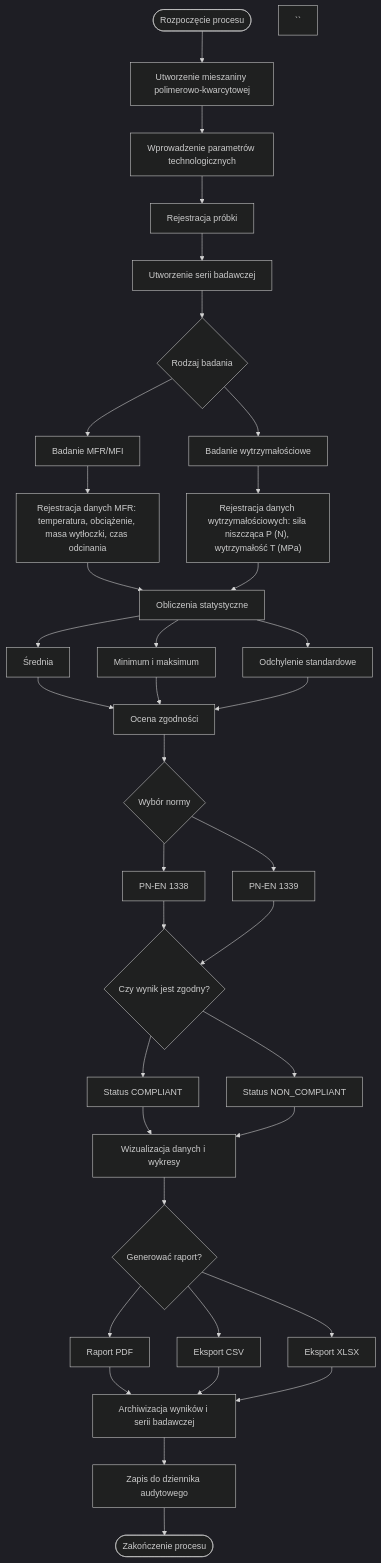
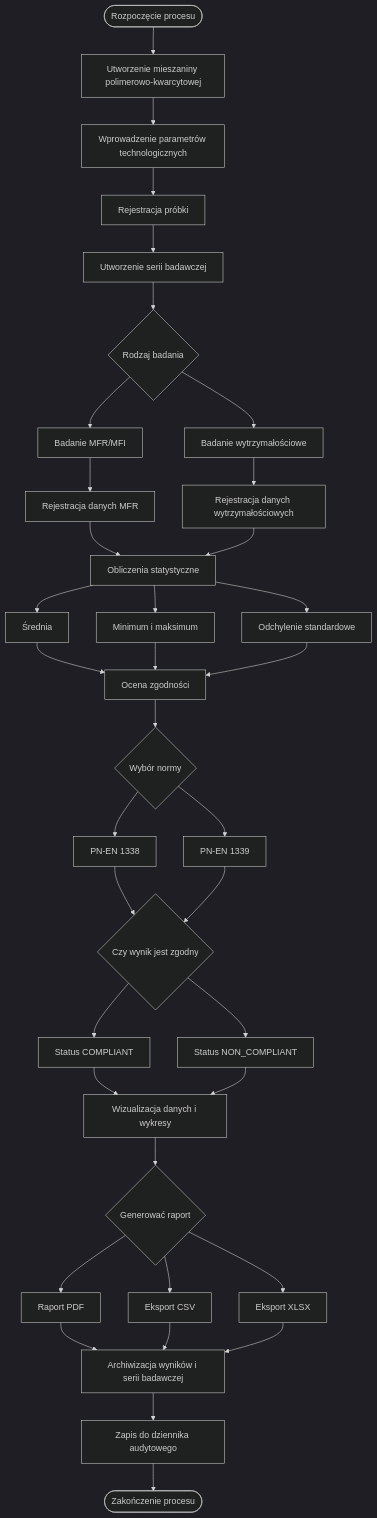
Before and after one commit to kzwir/complab-mfrt: the diagram in docs/architecture/diagrams/process-flow.mmd, drawn with Mermaid (dark theme).

Commit message:
Refactor process flow diagram for clarity

```diff
--- a/docs/architecture/diagrams/process-flow.mmd
+++ b/docs/architecture/diagrams/process-flow.mmd
@@ -1,130 +1,129 @@
 flowchart TB
 
-    START([Rozpoczęcie procesu])
+START([Rozpoczęcie procesu])
 
-    MIXTURE["Utworzenie mieszaniny polimerowo-kwarcytowej"]
+MIXTURE["Utworzenie mieszaniny polimerowo-kwarcytowej"]
 
-    PARAMETERS["Wprowadzenie parametrów technologicznych"]
+PARAMETERS["Wprowadzenie parametrów technologicznych"]
 
-    SAMPLE["Rejestracja próbki"]
+SAMPLE["Rejestracja próbki"]
 
-    SERIES["Utworzenie serii badawczej"]
+SERIES["Utworzenie serii badawczej"]
 
-    DECISION{"Rodzaj badania"}
+DECISION{"Rodzaj badania"}
 
-    MFR["Badanie MFR/MFI"]
+MFR["Badanie MFR/MFI"]
 
-    STRENGTH["Badanie wytrzymałościowe"]
+STRENGTH["Badanie wytrzymałościowe"]
 
-    MFR_DATA["Rejestracja danych MFR: temperatura, obciążenie, masa wytłoczki, czas odcinania"]
+MFR_DATA["Rejestracja danych MFR"]
 
-    STRENGTH_DATA["Rejestracja danych wytrzymałościowych: siła niszcząca P (N), wytrzymałość T (MPa)"]
+STRENGTH_DATA["Rejestracja danych wytrzymałościowych"]
 
-    CALCULATIONS["Obliczenia statystyczne"]
+CALCULATIONS["Obliczenia statystyczne"]
 
-    AVG["Średnia"]
+AVG["Średnia"]
 
-    MINMAX["Minimum i maksimum"]
+MINMAX["Minimum i maksimum"]
 
-    STD["Odchylenie standardowe"]
+STD["Odchylenie standardowe"]
 
-    COMPLIANCE["Ocena zgodności"]
+COMPLIANCE["Ocena zgodności"]
 
-    STANDARD{"Wybór normy"}
+STANDARD{"Wybór normy"}
 
-    EN1338["PN-EN 1338"]
+EN1338["PN-EN 1338"]
 
-    EN1339["PN-EN 1339"]
+EN1339["PN-EN 1339"]
 
-    RESULT{"Czy wynik jest zgodny?"}
+RESULT{"Czy wynik jest zgodny"}
 
-    COMPLIANT["Status COMPLIANT"]
+COMPLIANT["Status COMPLIANT"]
 
-    NONCOMPLIANT["Status NON_COMPLIANT"]
+NONCOMPLIANT["Status NON_COMPLIANT"]
 
-    DASHBOARD["Wizualizacja danych i wykresy"]
+DASHBOARD["Wizualizacja danych i wykresy"]
 
-    REPORT{"Generować raport?"}
+REPORT{"Generować raport"}
 
-    PDF["Raport PDF"]
+PDF["Raport PDF"]
 
-    CSV["Eksport CSV"]
+CSV["Eksport CSV"]
 
-    XLSX["Eksport XLSX"]
+XLSX["Eksport XLSX"]
 
-    ARCHIVE["Archiwizacja wyników i serii badawczej"]
+ARCHIVE["Archiwizacja wyników i serii badawczej"]
 
-    AUDIT["Zapis do dziennika audytowego"]
+AUDIT["Zapis do dziennika audytowego"]
 
-    END([Zakończenie procesu])
+END([Zakończenie procesu])
 
-    START --> MIXTURE
+START --> MIXTURE
 
-    MIXTURE --> PARAMETERS
+MIXTURE --> PARAMETERS
 
-    PARAMETERS --> SAMPLE
+PARAMETERS --> SAMPLE
 
-    SAMPLE --> SERIES
+SAMPLE --> SERIES
 
-    SERIES --> DECISION
+SERIES --> DECISION
 
-    DECISION --> MFR
+DECISION --> MFR
 
-    DECISION --> STRENGTH
+DECISION --> STRENGTH
 
-    MFR --> MFR_DATA
+MFR --> MFR_DATA
 
-    STRENGTH --> STRENGTH_DATA
+STRENGTH --> STRENGTH_DATA
 
-    MFR_DATA --> CALCULATIONS
+MFR_DATA --> CALCULATIONS
 
-    STRENGTH_DATA --> CALCULATIONS
+STRENGTH_DATA --> CALCULATIONS
 
-    CALCULATIONS --> AVG
+CALCULATIONS --> AVG
 
-    CALCULATIONS --> MINMAX
+CALCULATIONS --> MINMAX
 
-    CALCULATIONS --> STD
+CALCULATIONS --> STD
 
-    AVG --> COMPLIANCE
+AVG --> COMPLIANCE
 
-    MINMAX --> COMPLIANCE
+MINMAX --> COMPLIANCE
 
-    STD --> COMPLIANCE
+STD --> COMPLIANCE
 
-    COMPLIANCE --> STANDARD
+COMPLIANCE --> STANDARD
 
-    STANDARD --> EN1338
+STANDARD --> EN1338
 
-    STANDARD --> EN1339
+STANDARD --> EN1339
 
-    EN1338 --> RESULT
+EN1338 --> RESULT
 
-    EN1339 --> RESULT
+EN1339 --> RESULT
 
-    RESULT --> COMPLIANT
+RESULT --> COMPLIANT
 
-    RESULT --> NONCOMPLIANT
+RESULT --> NONCOMPLIANT
 
-    COMPLIANT --> DASHBOARD
+COMPLIANT --> DASHBOARD
 
-    NONCOMPLIANT --> DASHBOARD
+NONCOMPLIANT --> DASHBOARD
 
-    DASHBOARD --> REPORT
+DASHBOARD --> REPORT
 
-    REPORT --> PDF
+REPORT --> PDF
 
-    REPORT --> CSV
+REPORT --> CSV
 
-    REPORT --> XLSX
+REPORT --> XLSX
 
-    PDF --> ARCHIVE
+PDF --> ARCHIVE
 
-    CSV --> ARCHIVE
+CSV --> ARCHIVE
 
-    XLSX --> ARCHIVE
+XLSX --> ARCHIVE
 
-    ARCHIVE --> AUDIT
+ARCHIVE --> AUDIT
 
-    AUDIT --> END
-``
+AUDIT --> END
```
